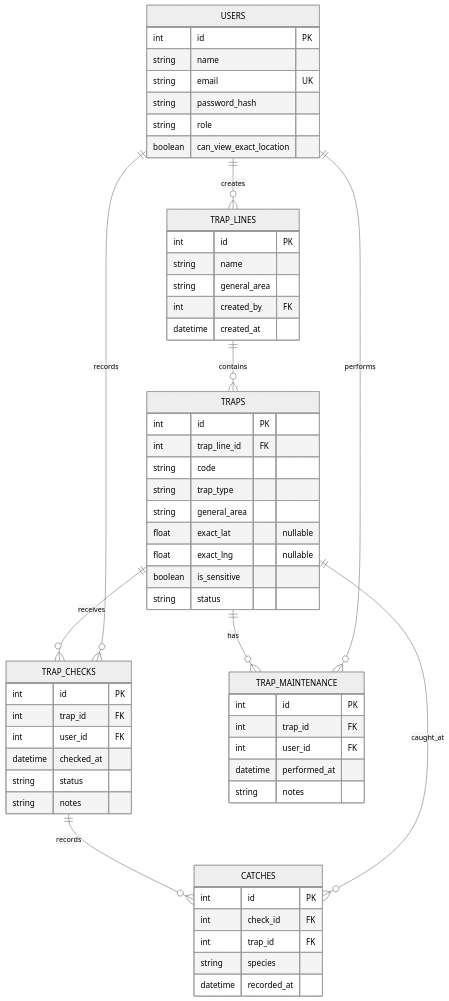
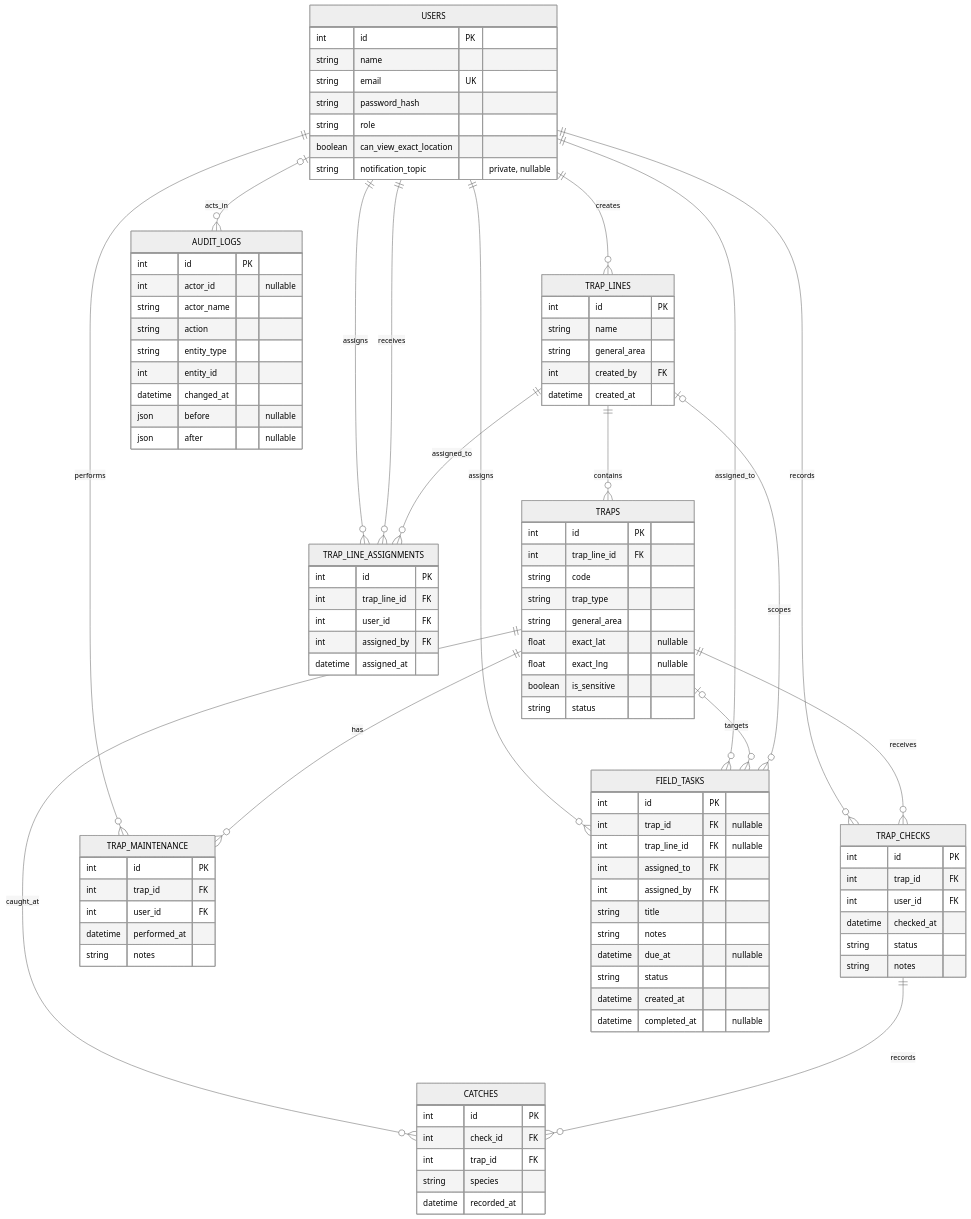
Before and after one commit to uthayapalika/pestfree-northland: the diagram in docs/erd.md, drawn with Mermaid (neutral theme). The commit also changed other lines of this file and 26 other files, not shown here.

````diff
--- a/docs/erd.md
+++ b/docs/erd.md
@@ -12,6 +12,7 @@
         string password_hash
         string role
         boolean can_view_exact_location
+        string notification_topic "private, nullable"
     }
 
     TRAP_LINES {
@@ -59,6 +60,40 @@
         datetime recorded_at
     }
 
+    TRAP_LINE_ASSIGNMENTS {
+        int id PK
+        int trap_line_id FK
+        int user_id FK
+        int assigned_by FK
+        datetime assigned_at
+    }
+
+    FIELD_TASKS {
+        int id PK
+        int trap_id FK "nullable"
+        int trap_line_id FK "nullable"
+        int assigned_to FK
+        int assigned_by FK
+        string title
+        string notes
+        datetime due_at "nullable"
+        string status
+        datetime created_at
+        datetime completed_at "nullable"
+    }
+
+    AUDIT_LOGS {
+        int id PK
+        int actor_id "nullable"
+        string actor_name
+        string action
+        string entity_type
+        int entity_id
+        datetime changed_at
+        json before "nullable"
+        json after "nullable"
+    }
+
     USERS ||--o{ TRAP_LINES : creates
     TRAP_LINES ||--o{ TRAPS : contains
     TRAPS ||--o{ TRAP_CHECKS : receives
@@ -67,4 +102,12 @@
     USERS ||--o{ TRAP_MAINTENANCE : performs
     TRAP_CHECKS ||--o{ CATCHES : records
     TRAPS ||--o{ CATCHES : caught_at
+    TRAP_LINES ||--o{ TRAP_LINE_ASSIGNMENTS : assigned_to
+    USERS ||--o{ TRAP_LINE_ASSIGNMENTS : receives
+    USERS ||--o{ TRAP_LINE_ASSIGNMENTS : assigns
+    TRAP_LINES o|--o{ FIELD_TASKS : scopes
+    TRAPS o|--o{ FIELD_TASKS : targets
+    USERS ||--o{ FIELD_TASKS : assigned_to
+    USERS ||--o{ FIELD_TASKS : assigns
+    USERS o|--o{ AUDIT_LOGS : acts_in
 ```
````
